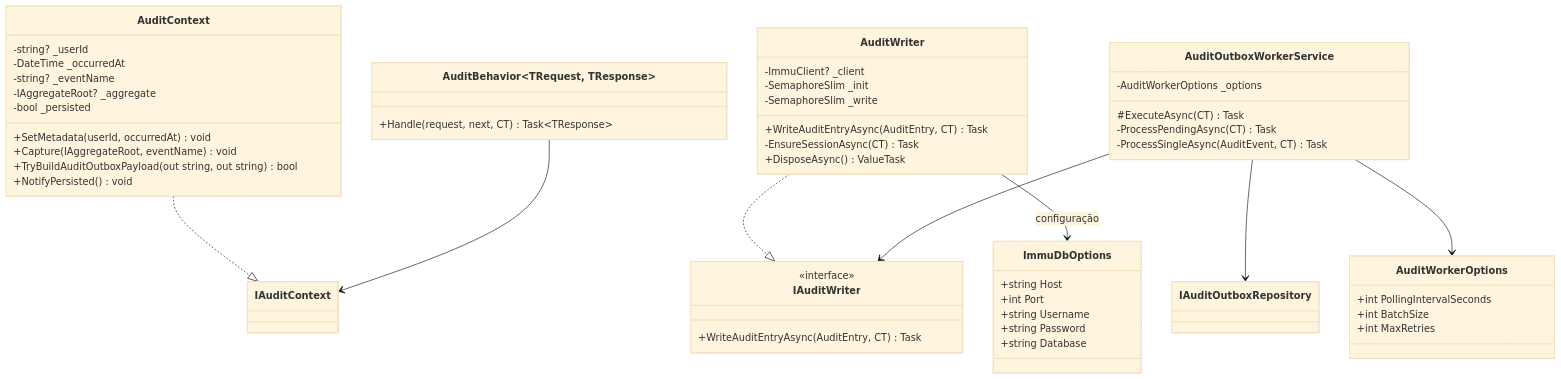
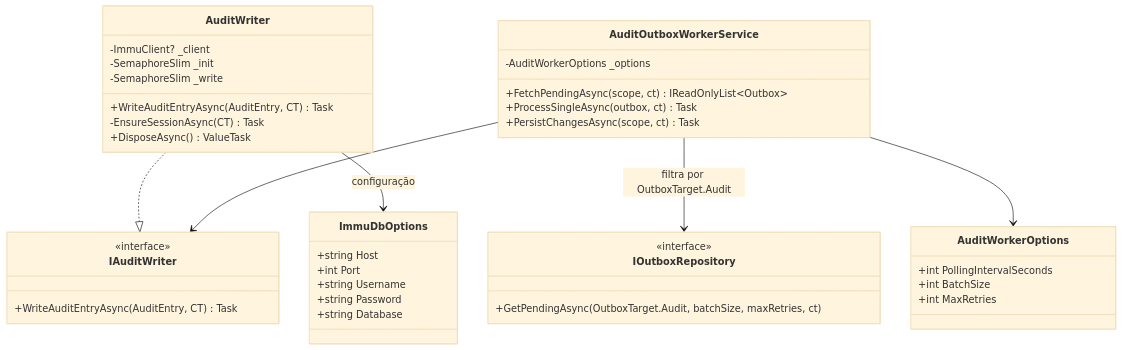
Before and after one commit to filipececcon/arch-challenge: the third of 6 diagrams in docs/architecture/cashflow/layer-09-immutable.md, drawn with Mermaid (base theme). The commit also changed other lines of this file and 38 other files, not shown here.

First line of the commit message:
Refactor Cashflow architecture docs for account aggregate and unified outbox

````diff
--- a/docs/architecture/cashflow/layer-09-immutable.md
+++ b/docs/architecture/cashflow/layer-09-immutable.md
@@ -134,63 +122,50 @@
 ```mermaid
 classDiagram
     direction TB
-
-    class AuditContext {
-        -string? _userId
-        -DateTime _occurredAt
-        -string? _eventName
-        -IAggregateRoot? _aggregate
-        -bool _persisted
-        +SetMetadata(userId, occurredAt) void
-        +Capture(IAggregateRoot, eventName) void
-        +TryBuildAuditOutboxPayload(out string, out string) bool
-        +NotifyPersisted() void
-    }
 
     class IAuditWriter {
         <<interface>>
         +WriteAuditEntryAsync(AuditEntry, CT) Task
     }
 
     class AuditWriter {
         -ImmuClient? _client
         -SemaphoreSlim _init
         -SemaphoreSlim _write
         +WriteAuditEntryAsync(AuditEntry, CT) Task
         -EnsureSessionAsync(CT) Task
         +DisposeAsync() ValueTask
     }
 
     class ImmuDbOptions {
         +string Host
         +int Port
         +string Username
         +string Password
         +string Database
     }
 
-    class AuditBehavior~TRequest, TResponse~ {
-        +Handle(request, next, CT) Task~TResponse~
-    }
-
     class AuditOutboxWorkerService {
         -AuditWorkerOptions _options
-        #ExecuteAsync(CT) Task
-        -ProcessPendingAsync(CT) Task
-        -ProcessSingleAsync(AuditEvent, CT) Task
+        +FetchPendingAsync(scope, ct) IReadOnlyList~Outbox~
+        +ProcessSingleAsync(outbox, ct) Task
+        +PersistChangesAsync(scope, ct) Task
     }
 
     class AuditWorkerOptions {
         +int PollingIntervalSeconds
         +int BatchSize
         +int MaxRetries
     }
 
-    AuditContext ..|> IAuditContext
+    class IOutboxRepository {
+        <<interface>>
+        +GetPendingAsync(OutboxTarget.Audit, batchSize, maxRetries, ct)
+    }
+
     AuditWriter ..|> IAuditWriter
     AuditWriter --> ImmuDbOptions : configuração
-    AuditOutboxWorkerService --> IAuditOutboxRepository
+    AuditOutboxWorkerService --> IOutboxRepository : filtra por OutboxTarget.Audit
     AuditOutboxWorkerService --> IAuditWriter
     AuditOutboxWorkerService --> AuditWorkerOptions
-    AuditBehavior --> IAuditContext
 ```
````
